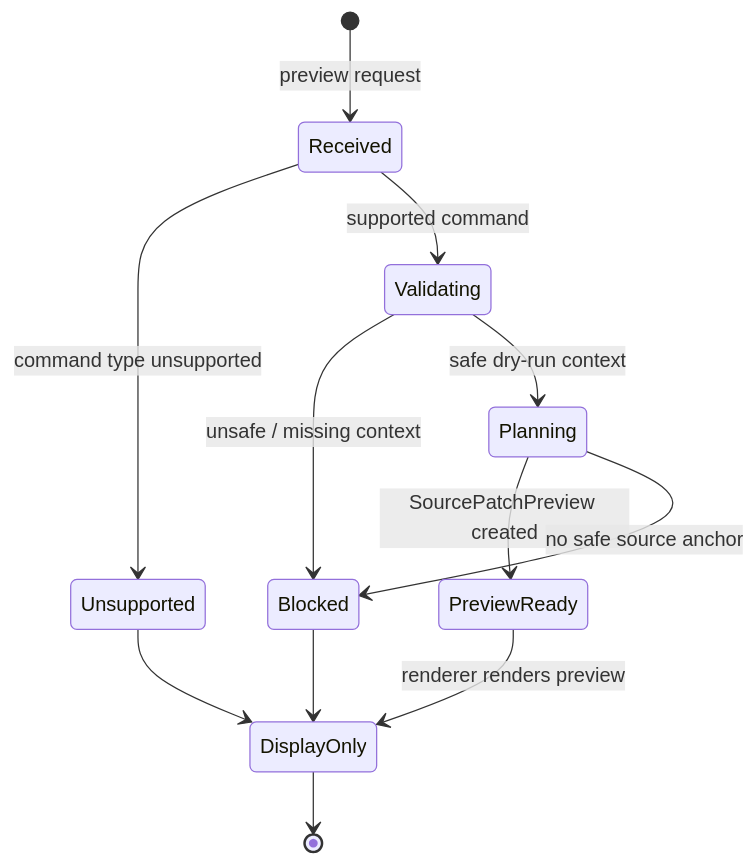
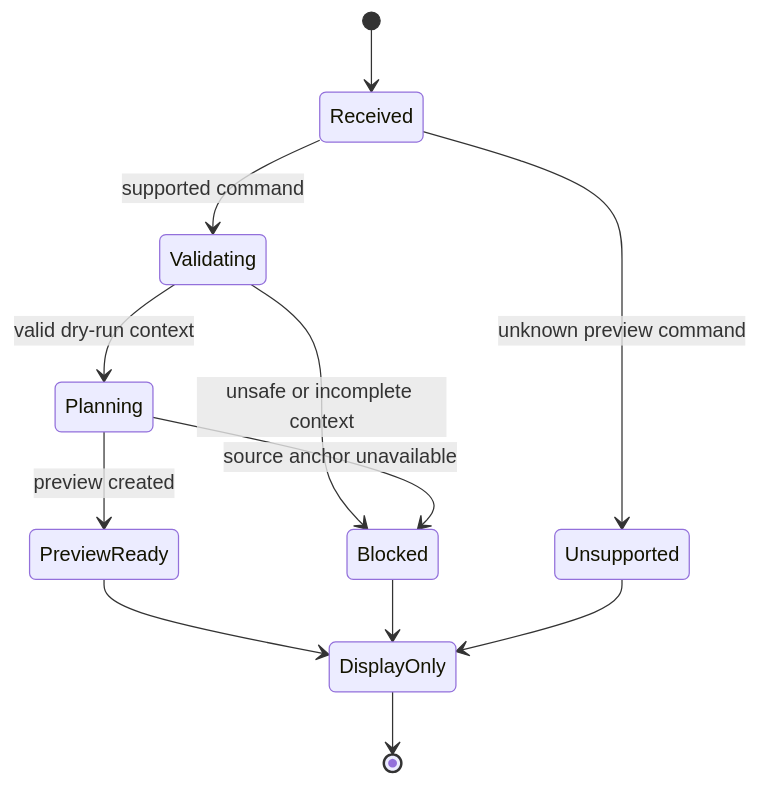
Before and after one commit to krestosa/Crystal: the diagram in docs/architecture/commands/command-preview-bus.md, drawn with Mermaid. The commit also changed other lines of this file and 60 other files, not shown here.

````diff
--- a/docs/architecture/commands/command-preview-bus.md
+++ b/docs/architecture/commands/command-preview-bus.md
@@ -68,14 +47,14 @@
 ```mermaid
 stateDiagram-v2
-  [*] --> Received: preview request
-  Received --> Unsupported: command type unsupported
+  [*] --> Received
+  Received --> Unsupported: unknown preview command
   Received --> Validating: supported command
-  Validating --> Blocked: unsafe / missing context
-  Validating --> Planning: safe dry-run context
-  Planning --> PreviewReady: SourcePatchPreview created
-  Planning --> Blocked: no safe source anchor
-  PreviewReady --> DisplayOnly: renderer renders preview
+  Validating --> Blocked: unsafe or incomplete context
+  Validating --> Planning: valid dry-run context
+  Planning --> PreviewReady: preview created
+  Planning --> Blocked: source anchor unavailable
+  PreviewReady --> DisplayOnly
+  Blocked --> DisplayOnly
   Unsupported --> DisplayOnly
-  Blocked --> DisplayOnly
   DisplayOnly --> [*]
 ```
````
